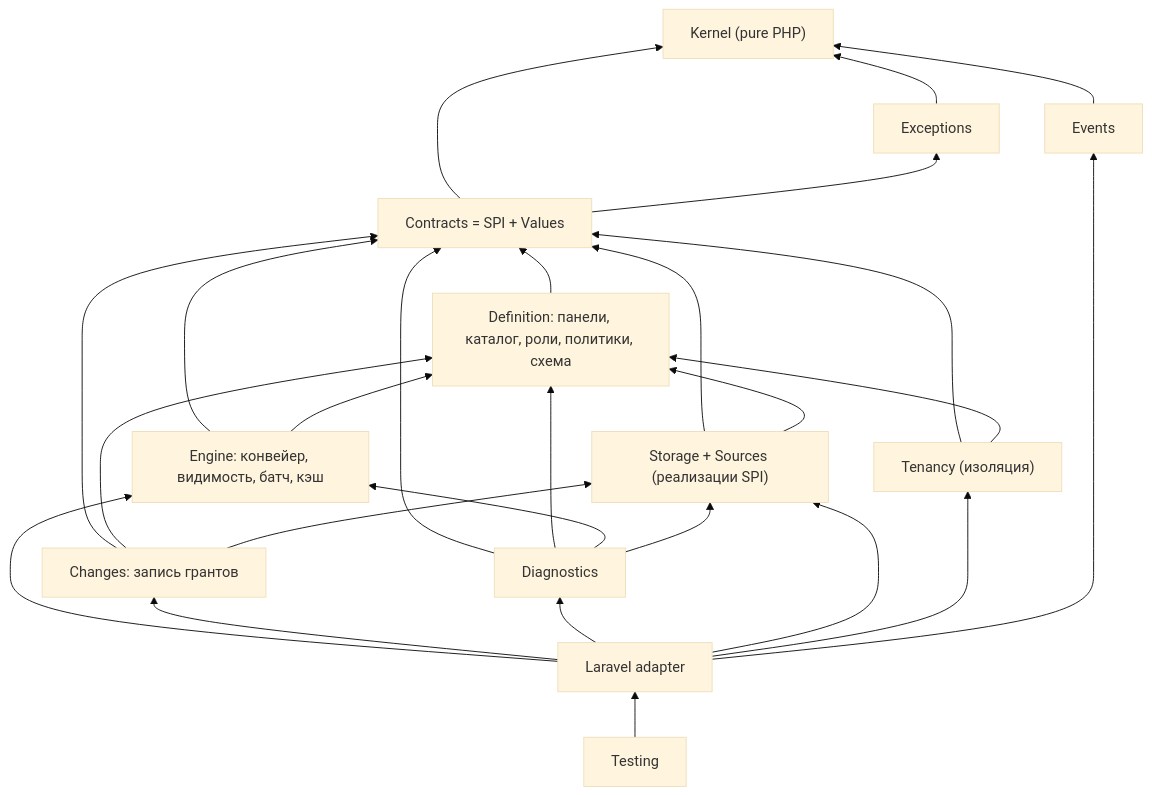
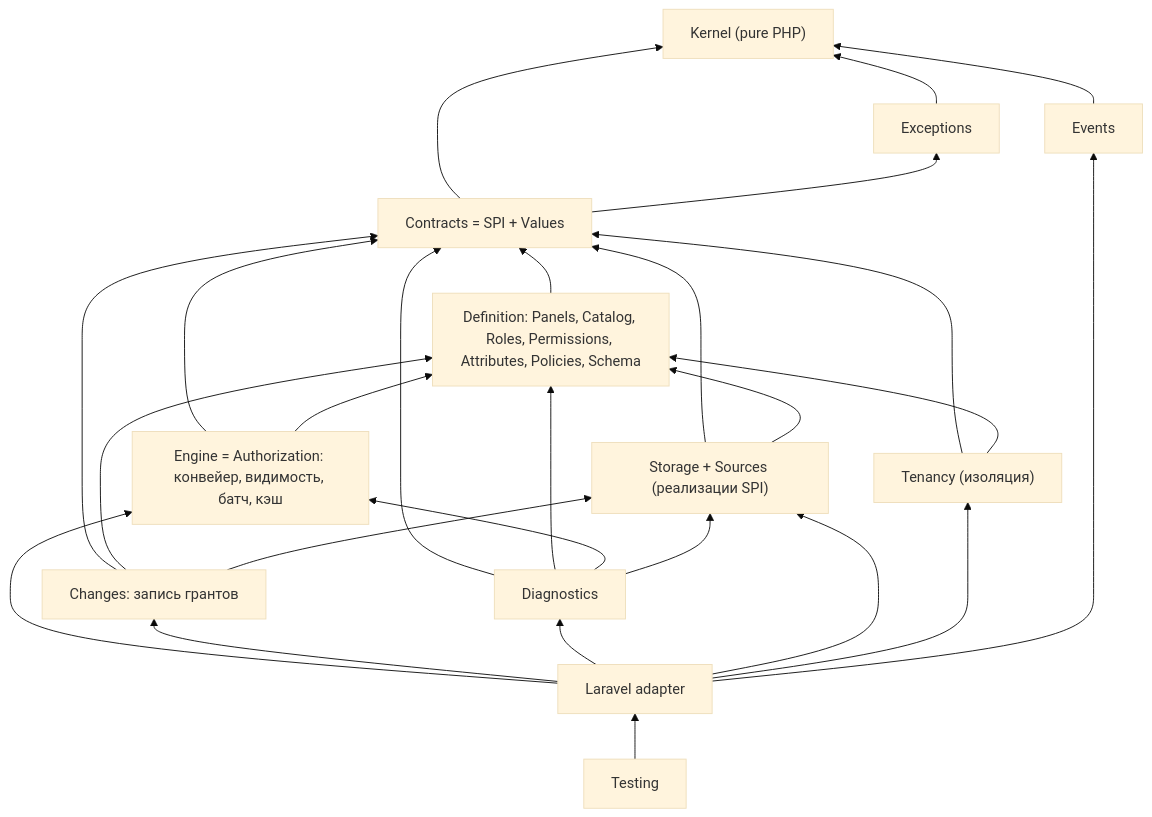
The second of 3 diagrams in audits/2026-10-09-architecture-modularization.md (axiomasoft/azguard-private), drawn with Mermaid (base theme) before and after one commit. The commit also changed other lines of this file, not shown here.

````diff
--- a/audits/2026-10-09-architecture-modularization.md
+++ b/audits/2026-10-09-architecture-modularization.md
@@ -410,15 +411,15 @@
 ```mermaid
 flowchart BT
   K["Kernel (pure PHP)"]
   X["Exceptions"] --> K
   C["Contracts = SPI + Values"] --> K & X
-  D["Definition: панели, каталог, роли, политики, схема"] --> C
-  E["Engine: конвейер, видимость, батч, кэш"] --> C & D
+  D["Definition: Panels, Catalog, Roles, Permissions, Attributes, Policies, Schema"] --> C
+  E["Engine = Authorization: конвейер, видимость, батч, кэш"] --> C & D
   S["Storage + Sources (реализации SPI)"] --> C & D
   T["Tenancy (изоляция)"] --> C & D
   CH["Changes: запись грантов"] --> C & D & S
   EV["Events"] --> K
   DG["Diagnostics"] --> C & D & E & S
   L["Laravel adapter"] --> E & CH & DG & S & T & EV
   TS["Testing"] --> L
 ```
````
